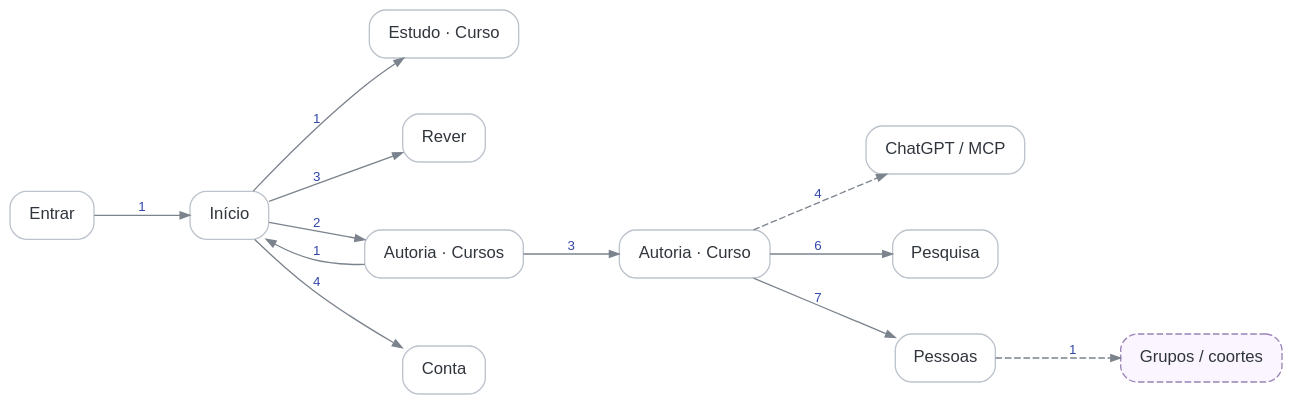
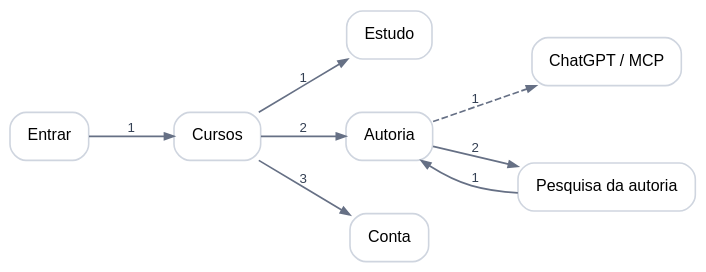
One commit to fabio-ara/AraLearn changed the diagram in ux-atlas/graphs/overview.dot. Above: the diagram before and after it, drawn with Graphviz.

Commit message:
Atualiza grafo geral do atlas v6

```diff
--- a/ux-atlas/graphs/overview.dot
+++ b/ux-atlas/graphs/overview.dot
@@ -1,29 +1,20 @@
 digraph G {
-  graph [bgcolor="transparent", rankdir=LR, pad="0.25", nodesep="0.58", ranksep="0.9", splines="spline"];
-  node [shape=box, style="rounded,filled", fillcolor="#ffffff", color="#bcc3cc", fontcolor="#30353c", fontname="Arial", fontsize=12.5, margin="0.20,0.12"];
-  edge [color="#7b838d", fontcolor="#3346a8", fontname="Arial", fontsize=10, arrowsize=0.72];
-
-  login [label="Entrar"];
-  study_home [label="Início"];
-  study_course [label="Estudo · Curso"];
-  study_review [label="Rever"];
-  author_courses [label="Autoria · Cursos"];
-  author_course [label="Autoria · Curso"];
-  mcp_handoff [label="ChatGPT / MCP"];
-  analytics [label="Pesquisa"];
-  people [label="Pessoas"];
-  settings [label="Conta"];
-  future_groups [label="Grupos / coortes", style="rounded,dashed,filled", fillcolor="#faf5ff", color="#9b84b7", class="future"];
-
-  login -> study_home [label="1"];
-  study_home -> study_course [label="1"];
-  study_home -> author_courses [label="2"];
-  study_home -> study_review [label="3"];
-  study_home -> settings [label="4"];
-  author_courses -> study_home [label="1"];
-  author_courses -> author_course [label="3"];
-  author_course -> mcp_handoff [label="4", style=dashed, class="external"];
-  author_course -> analytics [label="6"];
-  author_course -> people [label="7"];
-  people -> future_groups [label="1", style=dashed, class="future"];
+  graph [rankdir=LR,bgcolor="transparent",pad=.25,nodesep=.55,ranksep=.8,splines=spline]
+  node [shape=rect,style="rounded,filled",fillcolor="#ffffff",color="#cfd5df",penwidth=1.2,
+        fontname="Arial",fontsize=12,margin=".18,.12"]
+  edge [color="#667085",penwidth=1.25,arrowsize=.7,fontname="Arial",fontsize=10,fontcolor="#344054"]
+  login [label="Entrar"]
+  library [label="Cursos"]
+  study [label="Estudo"]
+  authoring [label="Autoria"]
+  mcp [label="ChatGPT / MCP"]
+  research [label="Pesquisa da autoria"]
+  account [label="Conta"]
+  login -> library [label="1"]
+  library -> study [label="1"]
+  library -> authoring [label="2"]
+  library -> account [label="3"]
+  authoring -> mcp [label="1",style=dashed]
+  authoring -> research [label="2"]
+  research -> authoring [label="1"]
 }
```
